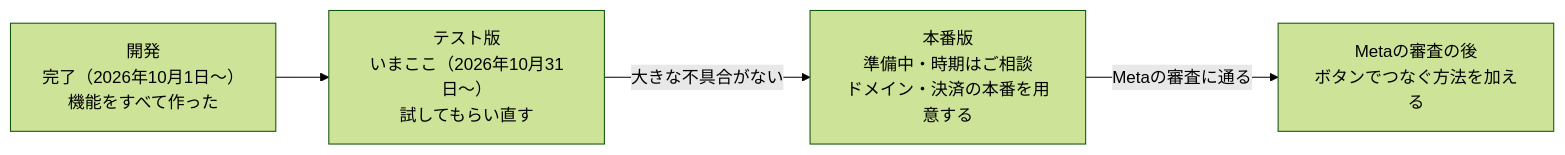
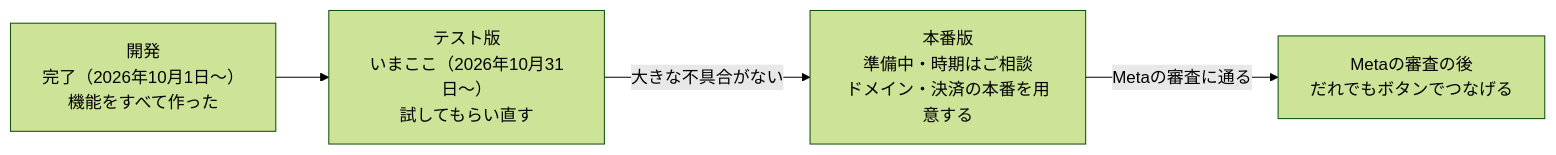
One commit to takumi-okuya-dev/meguru-app changed the diagram in docs/project-report.md. Above: the diagram before and after it, drawn with Mermaid (forest theme). The commit also changed other lines of this file and 19 other files, not shown here.

````diff
--- a/docs/project-report.md
+++ b/docs/project-report.md
@@ -38,6 +44,6 @@
 ```mermaid
 flowchart LR
   dev["開発<br/>完了（2026年10月1日〜）<br/>機能をすべて作った"] --> test["テスト版<br/>いまここ（2026年10月31日〜）<br/>試してもらい直す"]
   test -- "大きな不具合がない" --> prod["本番版<br/>準備中・時期はご相談<br/>ドメイン・決済の本番を用意する"]
-  prod -- "Metaの審査に通る" --> review["Metaの審査の後<br/>ボタンでつなぐ方法を加える"]
+  prod -- "Metaの審査に通る" --> review["Metaの審査の後<br/>だれでもボタンでつなげる"]
 ```
````
